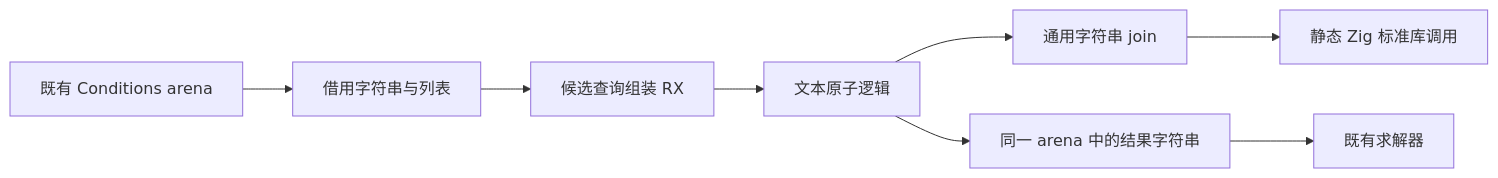
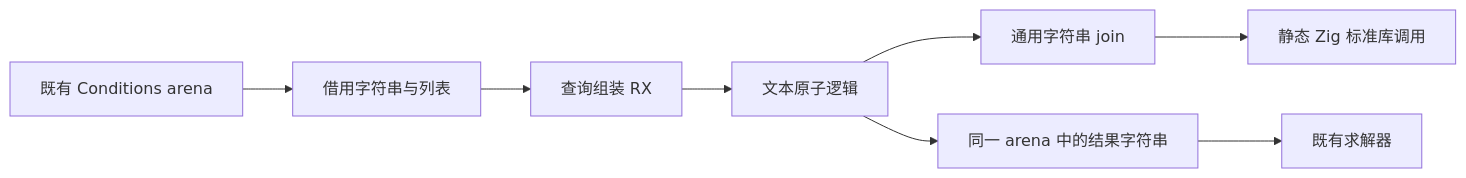
One commit to MatrixAges/zxc changed the second of 2 diagrams in docs/2026-10-11/完整自举接续/验证查询组装迁移.md. Above: the diagram before and after it, drawn with Mermaid. The commit also changed other lines of this file and 53 other files, not shown here.

````diff
--- a/docs/2026-10-11/完整自举接续/验证查询组装迁移.md
+++ b/docs/2026-10-11/完整自举接续/验证查询组装迁移.md
@@ -65,10 +65,10 @@
 ```mermaid
 flowchart LR
     Arena[既有 Conditions arena] --> Views[借用字符串与列表]
-    Views --> RX[候选查询组装 RX]
+    Views --> RX[查询组装 RX]
     RX --> ZX[文本原子逻辑]
     ZX --> Join[通用字符串 join]
     Join --> Zig[静态 Zig 标准库调用]
     ZX --> Output[同一 arena 中的结果字符串]
     Output --> Solver[既有求解器]
 ```
````
